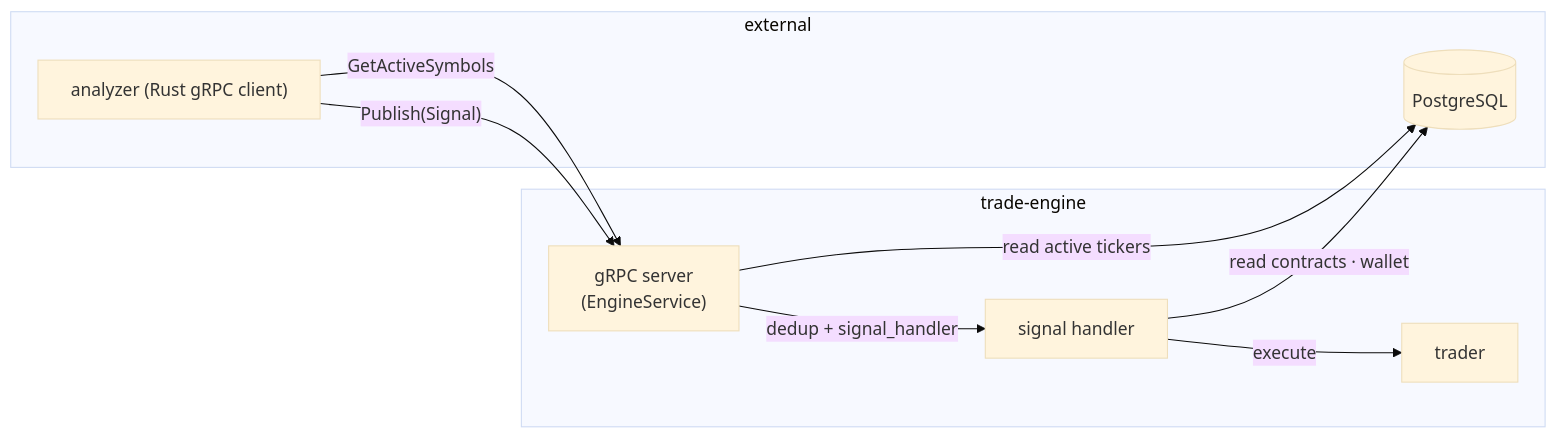
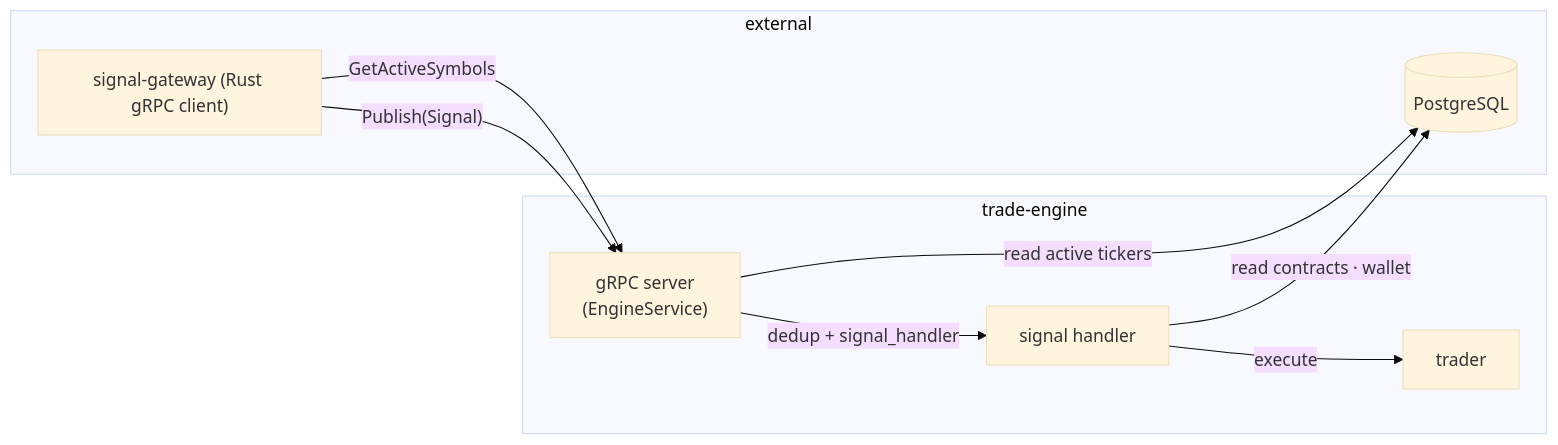
One commit to N-Choo/CoinBot.v3 changed the first of 7 diagrams in process/trade-engine/README.md. Above: the diagram before and after it, drawn with Mermaid (base theme). The commit also changed other lines of this file and 8 other files, not shown here.

Commit message:
docs: replace analyzer references with signal-gateway

````diff
--- a/process/trade-engine/README.md
+++ b/process/trade-engine/README.md
@@ -46,19 +46,19 @@
 ```mermaid
 flowchart LR
     subgraph TE["trade-engine"]
         GR["gRPC server<br/>(EngineService)"]
         SH["signal handler"]
         TR["trader"]
     end
     subgraph EXT["external"]
-        AN["analyzer (Rust gRPC client)"]
+        SG["signal-gateway (Rust gRPC client)"]
         PG[("PostgreSQL")]
     end
 
-    AN -->|"GetActiveSymbols"| GR
+    SG -->|"GetActiveSymbols"| GR
     GR -->|"read active tickers"| PG
-    AN -->|"Publish(Signal)"| GR
+    SG -->|"Publish(Signal)"| GR
     GR -->|"dedup + signal_handler"| SH
     SH -->|"read contracts · wallet"| PG
     SH -->|"execute"| TR
 ```
````
